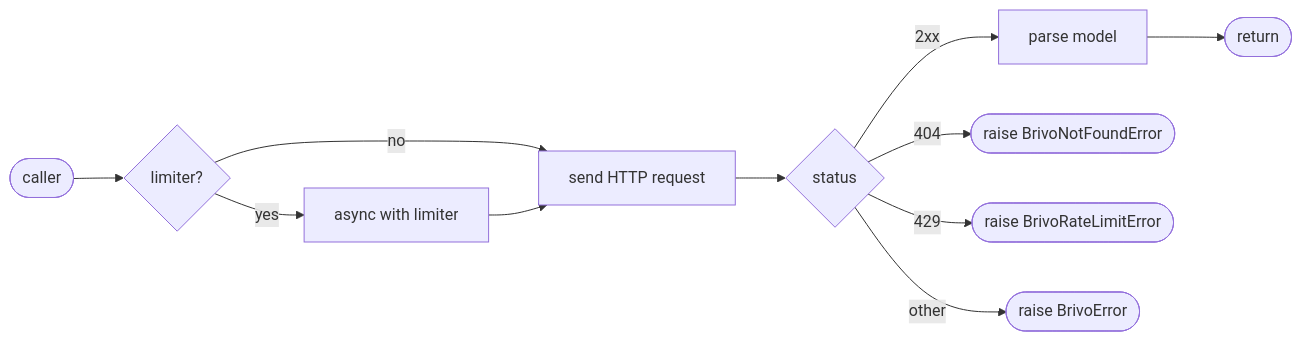
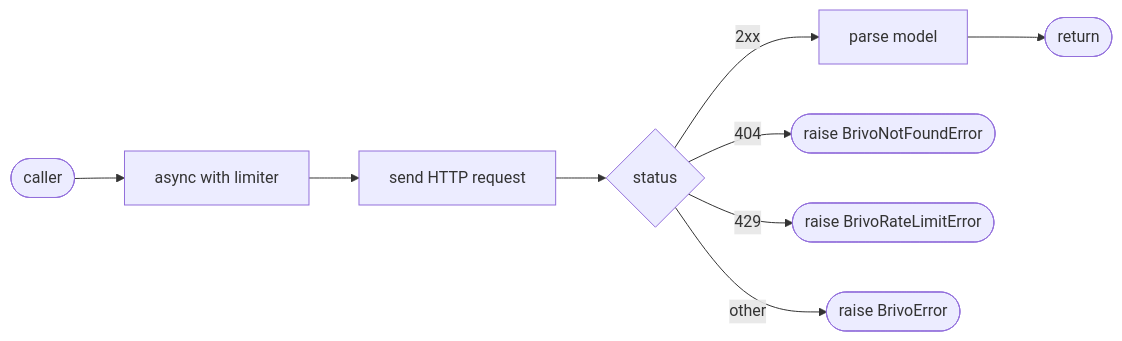
One commit to niconisoria/scim-bridge changed the diagram in docs/specs/20260620003030_brivo_client.md. Above: the diagram before and after it, drawn with Mermaid. The commit also changed other lines of this file and 5 other files, not shown here.

First line of the commit message:
refactor(brivo): remove unused BrivoError model; make limiter required

````diff
--- a/docs/specs/20260620003030_brivo_client.md
+++ b/docs/specs/20260620003030_brivo_client.md
@@ -54,13 +54,11 @@
 ```mermaid
 flowchart LR
-    A([caller]) --> B{limiter?}
-    B -- yes --> C[async with limiter]
-    B -- no --> D[send HTTP request]
-    C --> D
-    D --> E{status}
-    E -- 2xx --> F[parse model]
-    F --> G([return])
-    E -- 404 --> H([raise BrivoNotFoundError])
-    E -- 429 --> I([raise BrivoRateLimitError])
-    E -- other --> J([raise BrivoError])
+    A([caller]) --> B[async with limiter]
+    B --> C[send HTTP request]
+    C --> D{status}
+    D -- 2xx --> E[parse model]
+    E --> F([return])
+    D -- 404 --> G([raise BrivoNotFoundError])
+    D -- 429 --> H([raise BrivoRateLimitError])
+    D -- other --> I([raise BrivoError])
 ```
````
